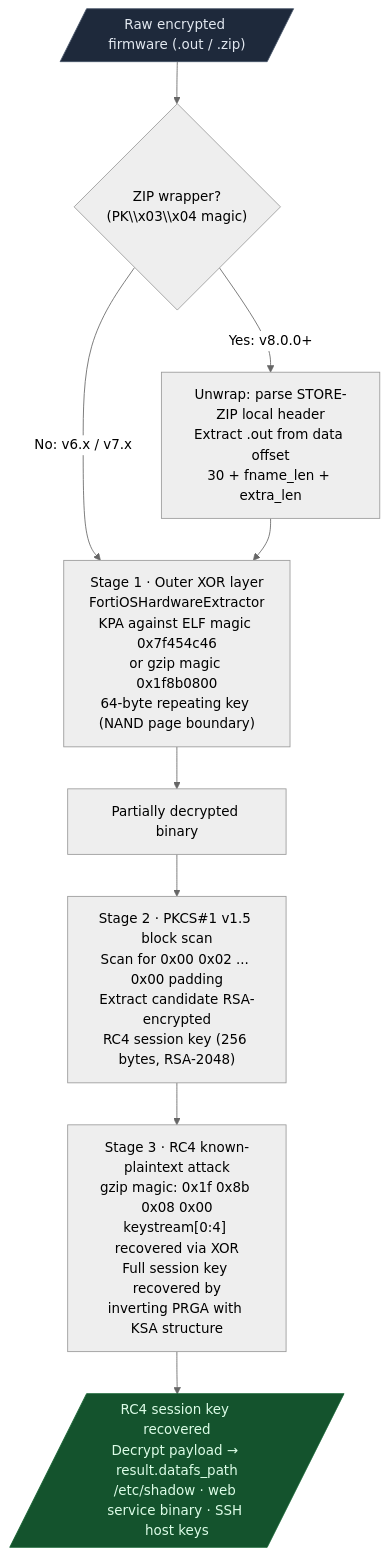
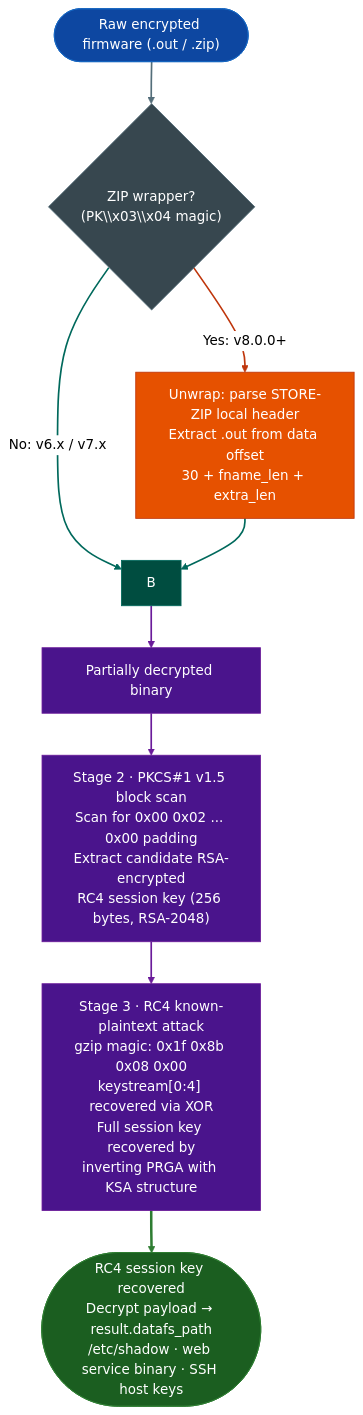
One commit to Ablation-Tool/ablation changed the first of 3 diagrams in docs/reference-modules/firmware-analysis.md. Above: the diagram before and after it, drawn with Mermaid (neutral theme). The commit also changed other lines of this file and 320 other files, not shown here.

First line of the commit message:
docs: apply canonical Mermaid template to all 321 diagrams

````diff
--- a/docs/reference-modules/firmware-analysis.md
+++ b/docs/reference-modules/firmware-analysis.md
@@ -21,19 +21,30 @@
 ```mermaid
 flowchart TD
-    A[/"Raw encrypted firmware (.out / .zip)"/] --> Z{"ZIP wrapper?\n(PK\\x03\\x04 magic)"}
-    Z -->|Yes: v8.0.0+| ZA["Unwrap: parse STORE-ZIP local header\nExtract .out from data offset\n30 + fname_len + extra_len"]
-    Z -->|No: v6.x / v7.x| B
-    ZA --> B
-    B["Stage 1 · Outer XOR layer\nFortiOSHardwareExtractor\nKPA against ELF magic 0x7f454c46\nor gzip magic 0x1f8b0800\n64-byte repeating key (NAND page boundary)"]
+    A(["Raw encrypted firmware (.out / .zip)"]):::input --> Z{"ZIP wrapper?\n(PK\\x03\\x04 magic)"}:::neutral
+    Z:::neutral -->|Yes: v8.0.0+| ZA["Unwrap: parse STORE-ZIP local header\nExtract .out from data offset\n30 + fname_len + extra_len"]:::primary
+    Z:::neutral -->|No: v6.x / v7.x| B["B"]:::secondary
+    ZA:::primary --> B:::secondary
+    B:::secondary
 
-    B --> C["Partially decrypted binary"]
+    B:::secondary --> C["Partially decrypted binary"]:::tertiary
 
-    C --> D["Stage 2 · PKCS#1 v1.5 block scan\nScan for 0x00 0x02 ... 0x00 padding\nExtract candidate RSA-encrypted\nRC4 session key (256 bytes, RSA-2048)"]
+    C:::tertiary --> D["Stage 2 · PKCS#1 v1.5 block scan\nScan for 0x00 0x02 ... 0x00 padding\nExtract candidate RSA-encrypted\nRC4 session key (256 bytes, RSA-2048)"]:::tertiary
 
-    D --> E["Stage 3 · RC4 known-plaintext attack\ngzip magic: 0x1f 0x8b 0x08 0x00\nkeystream[0:4] recovered via XOR\nFull session key recovered by\ninverting PRGA with KSA structure"]
+    D:::tertiary --> E["Stage 3 · RC4 known-plaintext attack\ngzip magic: 0x1f 0x8b 0x08 0x00\nkeystream[0:4] recovered via XOR\nFull session key recovered by\ninverting PRGA with KSA structure"]:::tertiary
 
-    E --> F[/"RC4 session key recovered\nDecrypt payload → result.datafs_path\n/etc/shadow · web service binary · SSH host keys"/]
-
-    style A fill:#1e293b,stroke:#475569,color:#e2e8f0
-    style F fill:#14532d,stroke:#166534,color:#dcfce7
+    E:::tertiary --> F(["RC4 session key recovered\nDecrypt payload → result.datafs_path\n/etc/shadow · web service binary · SSH host keys"]):::output
+    classDef input     fill:#0d47a1,stroke:#1565c0,color:#fff
+    classDef primary   fill:#e65100,stroke:#bf360c,color:#fff
+    classDef secondary fill:#004d40,stroke:#00695c,color:#fff
+    classDef tertiary  fill:#4a148c,stroke:#6a1b9a,color:#fff
+    classDef neutral   fill:#37474f,stroke:#546e7a,color:#fff
+    classDef output    fill:#1b5e20,stroke:#2e7d32,color:#fff
+    linkStyle 0 stroke:#546e7a,stroke-width:2px
+    linkStyle 1 stroke:#bf360c,stroke-width:2px
+    linkStyle 2 stroke:#00695c,stroke-width:2px
+    linkStyle 3 stroke:#00695c,stroke-width:2px
+    linkStyle 4 stroke:#6a1b9a,stroke-width:2px
+    linkStyle 5 stroke:#6a1b9a,stroke-width:2px
+    linkStyle 6 stroke:#6a1b9a,stroke-width:2px
+    linkStyle 7 stroke:#2e7d32,stroke-width:3px
 ```
````
